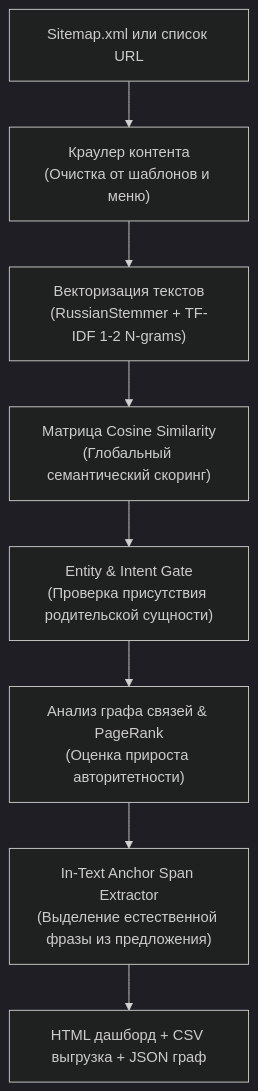
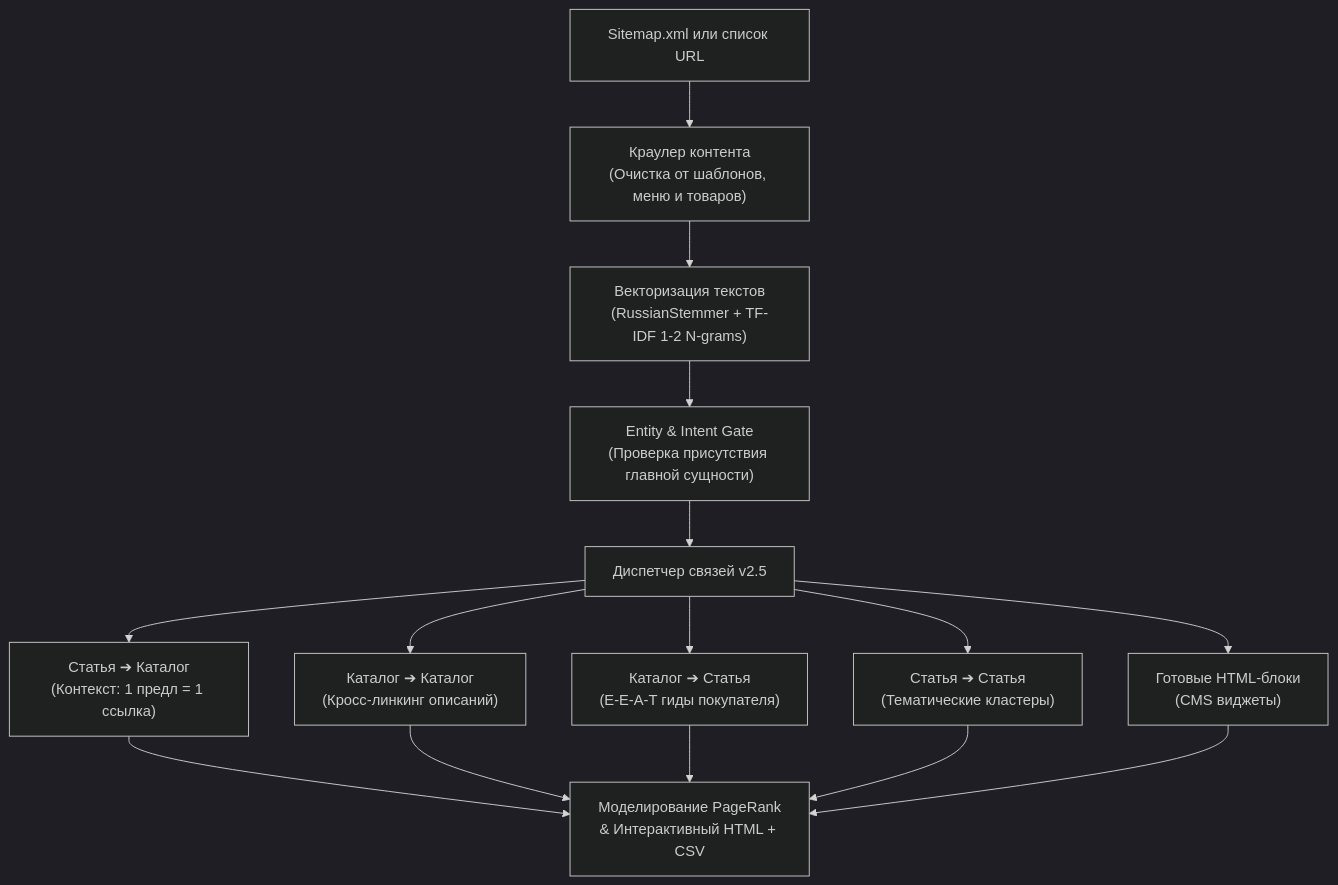
The diagram in README.md (aristovyura23123-commits/antigravity-vector-linker), drawn with Mermaid (dark theme) before and after one commit. The commit also changed other lines of this file and 7 other files, not shown here.

Commit message:
feat(v2.5): sentence deduplication, catalog cross-linking, E-E-A-T guides, and CMS HTML widgets

````diff
--- a/README.md
+++ b/README.md
@@ -26,10 +26,13 @@
 ```mermaid
 flowchart TD
-    A["Sitemap.xml или список URL"] --> B["Краулер контента<br/>(Очистка от шаблонов и меню)"]
+    A["Sitemap.xml или список URL"] --> B["Краулер контента<br/>(Очистка от шаблонов, меню и товаров)"]
     B --> C["Векторизация текстов<br/>(RussianStemmer + TF-IDF 1-2 N-grams)"]
-    C --> D["Матрица Cosine Similarity<br/>(Глобальный семантический скоринг)"]
-    D --> E["Entity & Intent Gate<br/>(Проверка присутствия родительской сущности)"]
-    E --> F["Анализ графа связей & PageRank<br/>(Оценка прироста авторитетности)"]
-    F --> G["In-Text Anchor Span Extractor<br/>(Выделение естественной фразы из предложения)"]
-    G --> H["HTML дашборд + CSV выгрузка + JSON граф"]
+    C --> D["Entity & Intent Gate<br/>(Проверка присутствия главной сущности)"]
+    D --> E["Диспетчер связей v2.5"]
+    E --> F["Статья ➔ Каталог<br/>(Контекст: 1 предл = 1 ссылка)"]
+    E --> G["Каталог ➔ Каталог<br/>(Кросс-линкинг описаний)"]
+    E --> H["Каталог ➔ Статья<br/>(E-E-A-T гиды покупателя)"]
+    E --> I["Статья ➔ Статья<br/>(Тематические кластеры)"]
+    E --> J["Готовые HTML-блоки<br/>(CMS виджеты)"]
+    F & G & H & I & J --> K["Моделирование PageRank<br/>& Интерактивный HTML + CSV"]
 ```
````
